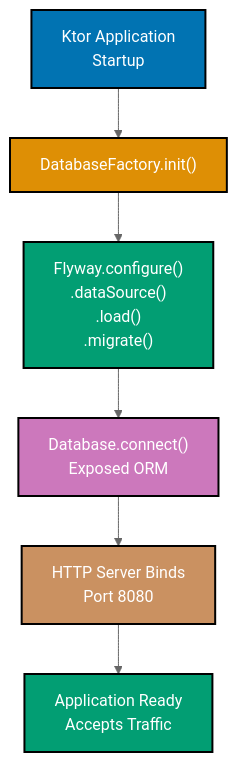
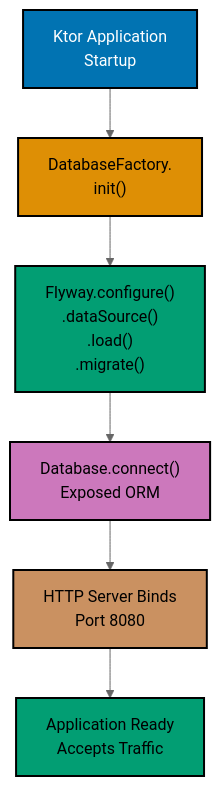
The third of 3 diagrams in apps/ayokoding-www/content/en/learn/legacy/software-engineering/data/tools/kotlin-flyway/by-example/beginner.md (wahidyankf/ose-public), drawn with Mermaid (neutral theme) before and after one commit. The commit also changed other lines of this file and 131 other files, not shown here.

First line of the commit message:
fix(mermaid): bring the legacy data, infrastructure, and testing diagrams onto the accessible palette

````diff
--- a/apps/ayokoding-www/content/en/learn/legacy/software-engineering/data/tools/kotlin-flyway/by-example/beginner.md
+++ b/apps/ayokoding-www/content/en/learn/legacy/software-engineering/data/tools/kotlin-flyway/by-example/beginner.md
@@ -1190,19 +1196,22 @@
 ```mermaid
 %% Color Palette: Blue #0173B2, Orange #DE8F05, Teal #029E73, Purple #CC78BC, Brown #CA9161
 %% Ktor startup sequence: Flyway migrates before accepting traffic
 graph TD
-    A["Ktor Application\nStartup"]:::blue
-    B["DatabaseFactory.init()"]:::orange
-    C["Flyway.configure()\n.dataSource()\n.load()\n.migrate()"]:::teal
-    D["Database.connect()\nExposed ORM"]:::purple
-    E["HTTP Server Binds\nPort 8080"]:::brown
-    F["Application Ready\nAccepts Traffic"]:::teal
+    accTitle: Example 30: Ktor Integration Pattern
+    accDescr: Graph with 6 nodes and 5 connections. Nodes: Ktor Application Startup, DatabaseFactory. init(), Flyway.configure() .dataSource() .load() .migrate(), Database.connect() Exposed ORM, HTTP Server Binds Port 8080, Application Ready Accepts Traffic. Connections: Ktor Application Startup to DatabaseFactory. init(), DatabaseFactory. init() to Flyway.configure() .dataSource() .load() .migrate(), Flyway.configure() .dataSource() .load() .migrate() to Database.connect() Exposed ORM, Database.connect() Exposed ORM to HTTP Server Binds Port 8080, HTTP Server Binds Port 8080 to Application Ready Accepts Traffic.
+    A["Ktor Application<br/>Startup"]:::blue
+    B["DatabaseFactory.<br/>init()"]:::orange
+    C["Flyway.configure()<br/>.dataSource()<br/>.load()<br/>.migrate()"]:::teal
+    D["Database.connect()<br/>Exposed ORM"]:::purple
+    E["HTTP Server Binds<br/>Port 8080"]:::brown
+    F["Application Ready<br/>Accepts Traffic"]:::teal
 
     A --> B --> C --> D --> E --> F
 
     classDef blue fill:#0173B2,stroke:#000000,color:#FFFFFF,stroke-width:2px
-    classDef orange fill:#DE8F05,stroke:#000000,color:#FFFFFF,stroke-width:2px
-    classDef teal fill:#029E73,stroke:#000000,color:#FFFFFF,stroke-width:2px
-    classDef purple fill:#CC78BC,stroke:#000000,color:#FFFFFF,stroke-width:2px
-    classDef brown fill:#CA9161,stroke:#000000,color:#FFFFFF,stroke-width:2px
+    classDef orange fill:#DE8F05,stroke:#000000,color:#000000,stroke-width:2px
+    classDef teal fill:#029E73,stroke:#000000,color:#000000,stroke-width:2px
+    classDef purple fill:#CC78BC,stroke:#000000,color:#000000,stroke-width:2px
+    classDef brown fill:#CA9161,stroke:#000000,color:#000000,stroke-width:2px
+    classDef default fill:#FFFFFF,stroke:#000000,color:#000000
 ```
````
